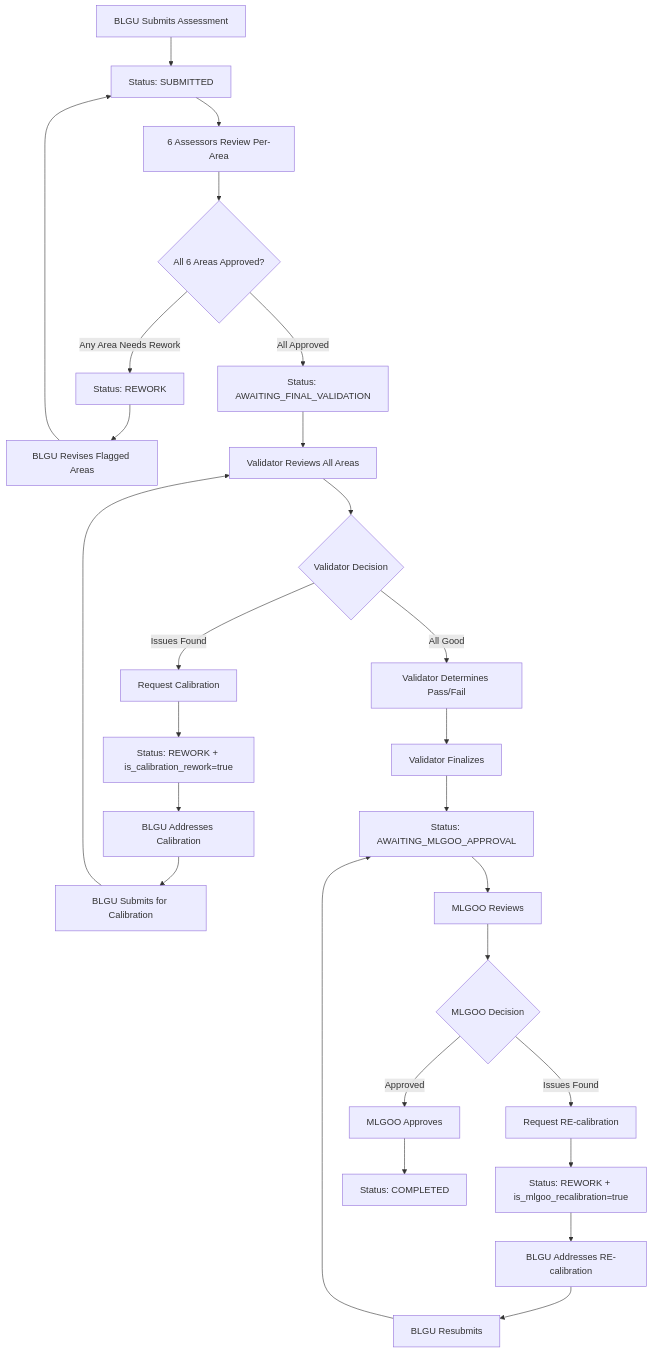
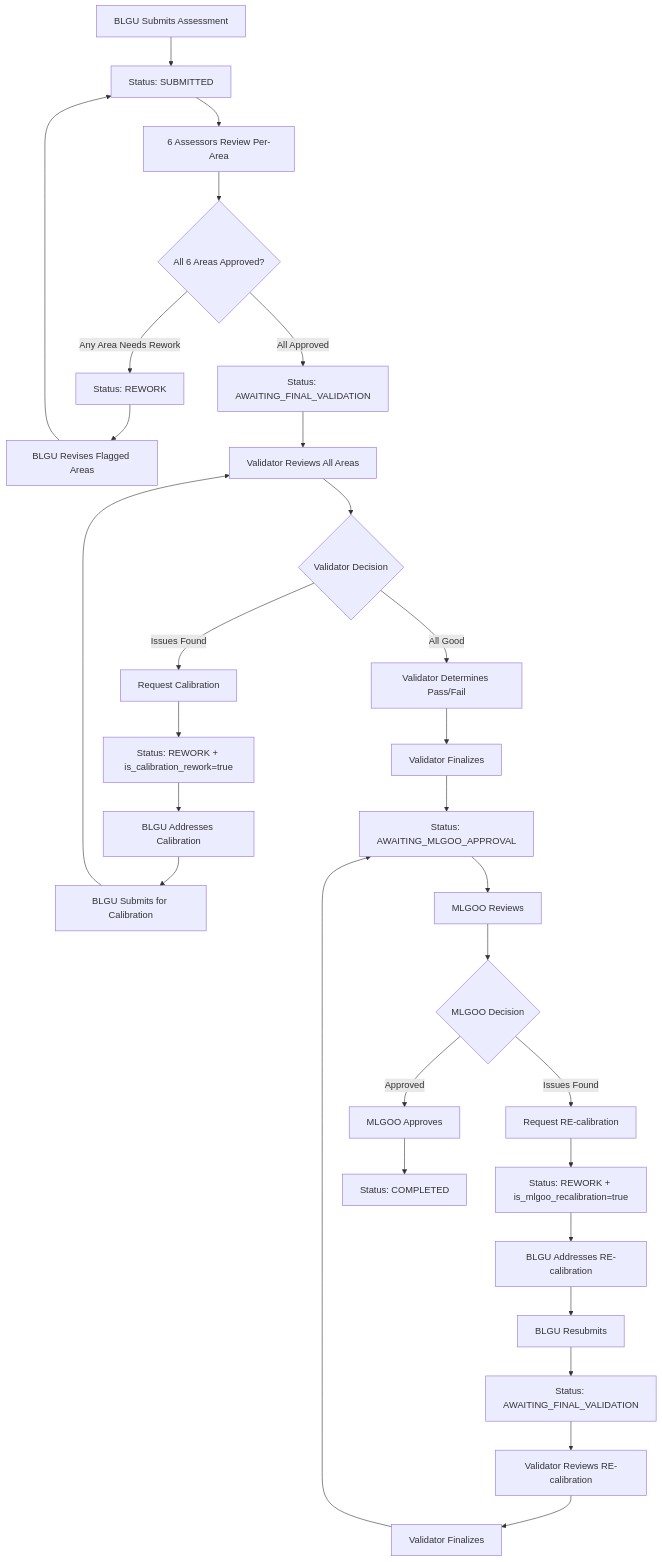
Before and after one commit to generyand/sinag: the second of 2 diagrams in docs/workflows/assessor-validation.md, drawn with Mermaid. The commit also changed other lines of this file and 16 other files, not shown here.

````diff
--- a/docs/workflows/assessor-validation.md
+++ b/docs/workflows/assessor-validation.md
@@ -74,29 +74,32 @@
 ```mermaid
 graph TD
     A[BLGU Submits Assessment] --> B[Status: SUBMITTED]
     B --> C[6 Assessors Review Per-Area]
     C --> D{All 6 Areas Approved?}
     D -->|Any Area Needs Rework| E[Status: REWORK]
     E --> F[BLGU Revises Flagged Areas]
     F --> B
     D -->|All Approved| G[Status: AWAITING_FINAL_VALIDATION]
     G --> H[Validator Reviews All Areas]
     H --> I{Validator Decision}
     I -->|Issues Found| J[Request Calibration]
     J --> K[Status: REWORK + is_calibration_rework=true]
     K --> L[BLGU Addresses Calibration]
     L --> M[BLGU Submits for Calibration]
     M --> H
     I -->|All Good| N[Validator Determines Pass/Fail]
     N --> O[Validator Finalizes]
     O --> P[Status: AWAITING_MLGOO_APPROVAL]
     P --> Q[MLGOO Reviews]
     Q --> R{MLGOO Decision}
     R -->|Issues Found| S[Request RE-calibration]
     S --> T[Status: REWORK + is_mlgoo_recalibration=true]
     T --> U[BLGU Addresses RE-calibration]
     U --> V[BLGU Resubmits]
-    V --> P
+    V --> VA[Status: AWAITING_FINAL_VALIDATION]
+    VA --> VB[Validator Reviews RE-calibration]
+    VB --> VC[Validator Finalizes]
+    VC --> P
     R -->|Approved| W[MLGOO Approves]
     W --> X[Status: COMPLETED]
 ```
````
